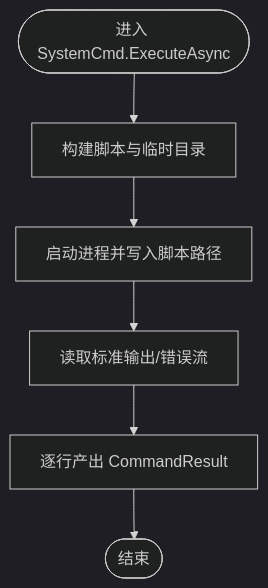
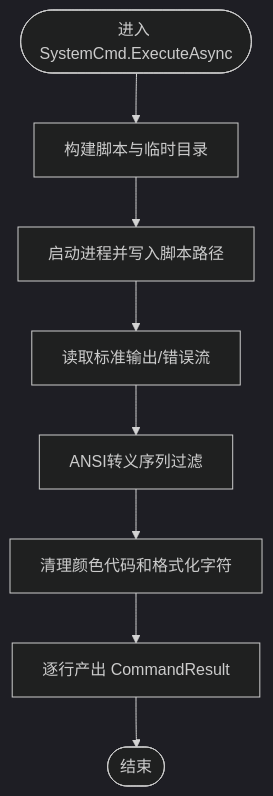
Before and after one commit to Sosososolong/AirGo: the fifth of 8 diagrams in .qoder/repowiki/zh/content/工具库详解/命令执行器.md, drawn with Mermaid (dark theme). The commit also changed other lines of this file and 14 other files, not shown here.

````diff
--- a/.qoder/repowiki/zh/content/工具库详解/命令执行器.md
+++ b/.qoder/repowiki/zh/content/工具库详解/命令执行器.md
@@ -250,8 +254,10 @@
 ```mermaid
 flowchart TD
 Start(["进入 SystemCmd.ExecuteAsync"]) --> Build["构建脚本与临时目录"]
 Build --> StartProc["启动进程并写入脚本路径"]
 StartProc --> ReadOut["读取标准输出/错误流"]
-ReadOut --> Yield["逐行产出 CommandResult"]
+ReadOut --> Filter["ANSI转义序列过滤"]
+Filter --> CleanText["清理颜色代码和格式化字符"]
+CleanText --> Yield["逐行产出 CommandResult"]
 Yield --> Done(["结束"])
 ```
````
